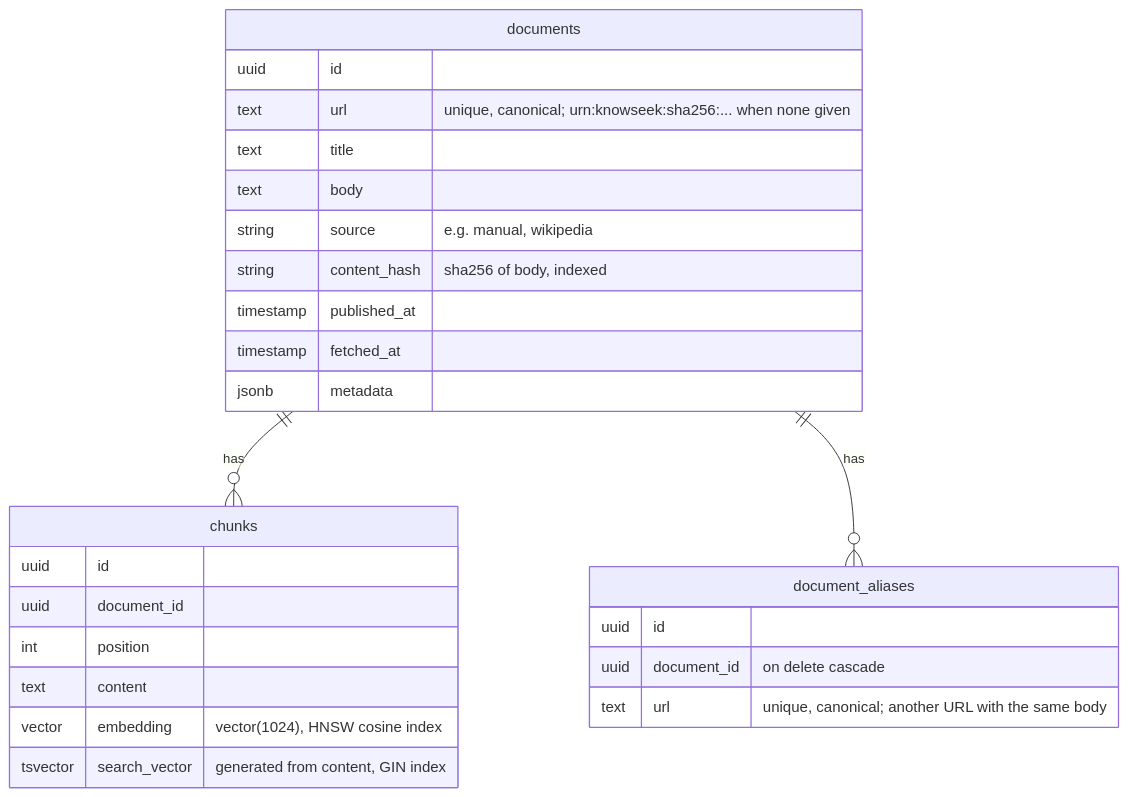
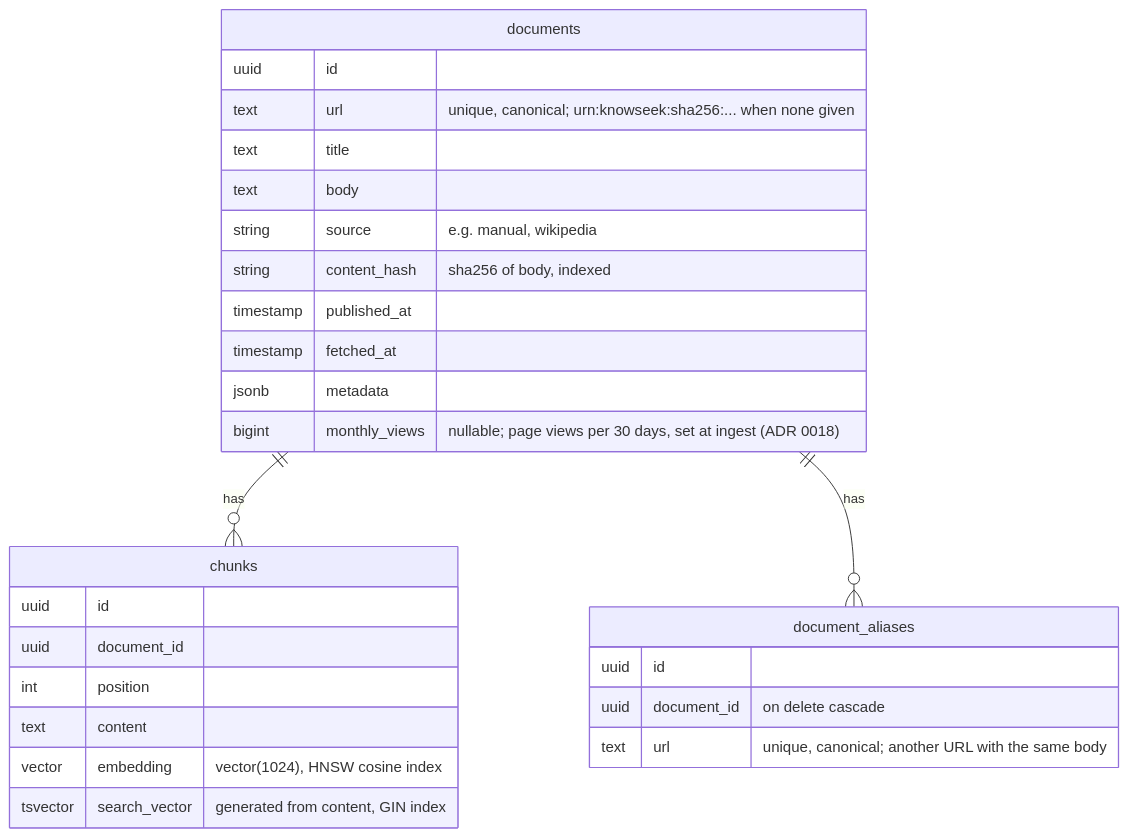
One commit to williamge/knowseek changed the second of 2 diagrams in docs/ARCHITECTURE.md. Above: the diagram before and after it, drawn with Mermaid. The commit also changed other lines of this file and 17 other files, not shown here.

First line of the commit message:
Rank by a bounded prior from Wikipedia page views (task 035) (#19)

````diff
--- a/docs/ARCHITECTURE.md
+++ b/docs/ARCHITECTURE.md
@@ -52,29 +52,30 @@
 ```mermaid
 erDiagram
     documents ||--o{ chunks : has
     documents ||--o{ document_aliases : has
     documents {
         uuid id
         text url "unique, canonical; urn:knowseek:sha256:... when none given"
         text title
         text body
         string source "e.g. manual, wikipedia"
         string content_hash "sha256 of body, indexed"
         timestamp published_at
         timestamp fetched_at
         jsonb metadata
+        bigint monthly_views "nullable; page views per 30 days, set at ingest (ADR 0018)"
     }
     document_aliases {
         uuid id
         uuid document_id "on delete cascade"
         text url "unique, canonical; another URL with the same body"
     }
     chunks {
         uuid id
         uuid document_id
         int position
         text content
         vector embedding "vector(1024), HNSW cosine index"
         tsvector search_vector "generated from content, GIN index"
     }
 ```
````
